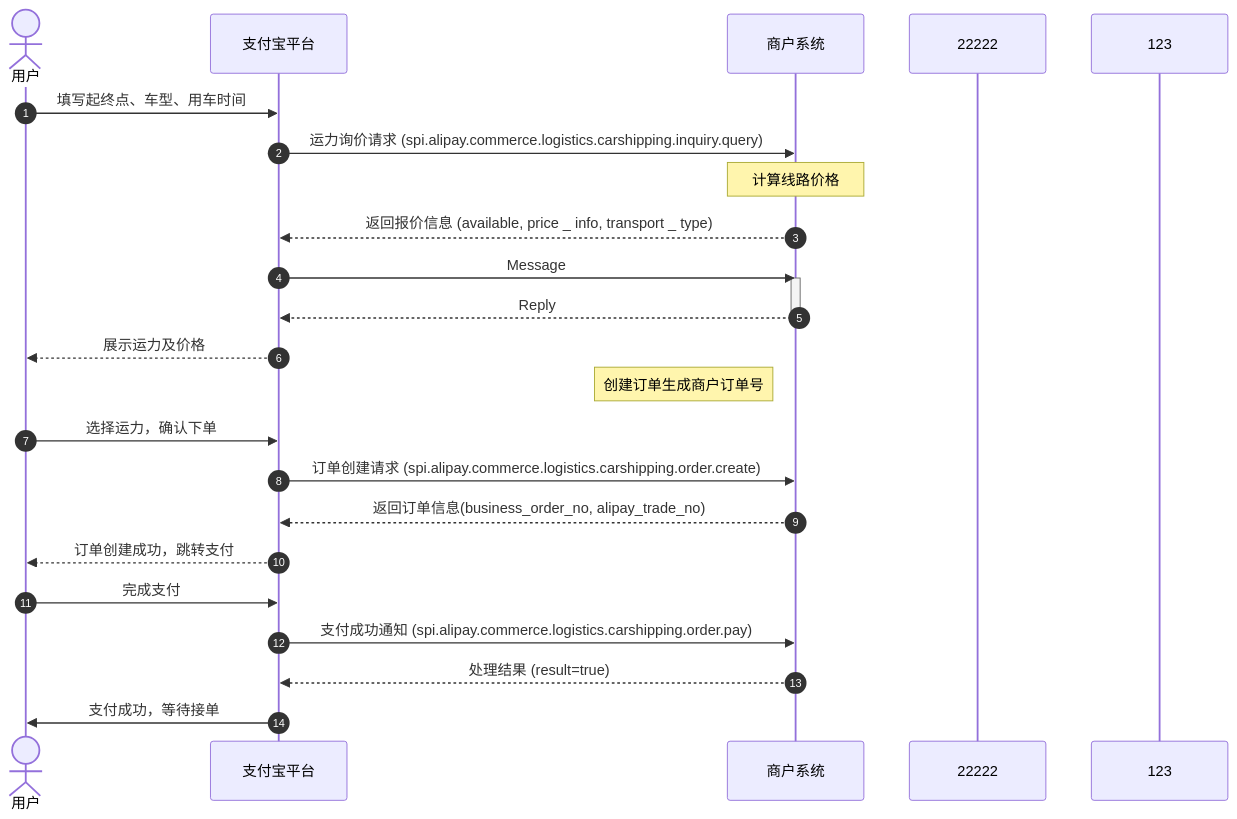
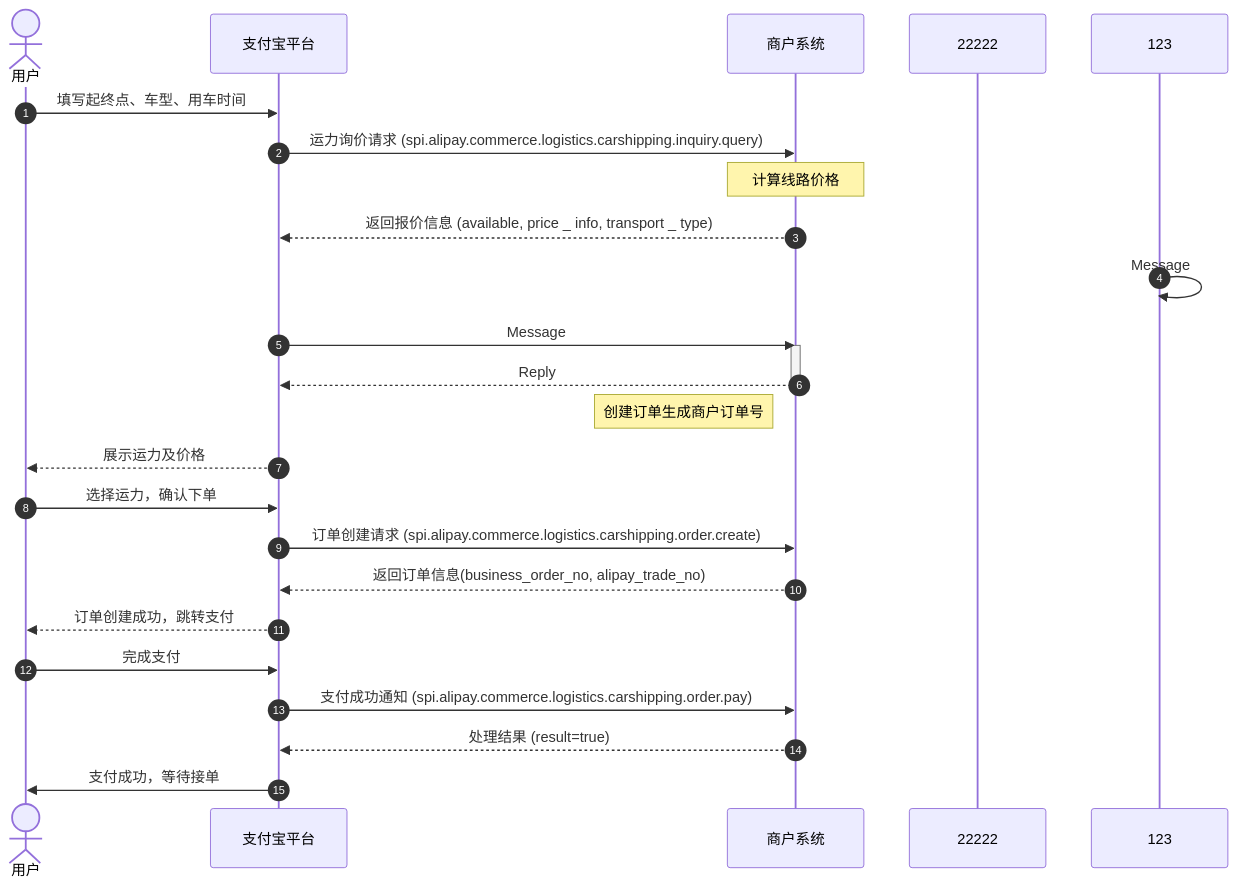
One commit to pingpm/mermaid_vault changed the diagram in mmd/test_dba1b258-be6a-414c-9967-aedbcccfa44f.mmd. Above: the diagram before and after it, drawn with Mermaid. The commit also changed 2 other files, not shown here.

Commit message:
Sync Mermaid Studio data (8 diagrams)

```diff
--- a/mmd/test_dba1b258-be6a-414c-9967-aedbcccfa44f.mmd
+++ b/mmd/test_dba1b258-be6a-414c-9967-aedbcccfa44f.mmd
@@ -1,25 +1,26 @@
 sequenceDiagram
   autonumber
   actor p0 as 用户
   participant p1 as 支付宝平台
   participant p2 as 商户系统
   participant p3 as 22222
   participant p4 as 123
   p0->>p1: 填写起终点、⻋型、⽤⻋时间
   p1->>p2: 运⼒询价请求 (spi.alipay.commerce.logistics.carshipping.inquiry.query)
   Note over p2: 计算线路价格
   p2-->>p1: 返回报价信息 (available, price _ info, transport _ type)
+  p4->>p4: Message
   p1->>p2: Message
   activate p2
   p2-->>p1: Reply
   deactivate p2
+  Note left of p2: 创建订单⽣成商户订单号
   p1-->>p0: 展示运⼒及价格
-  Note left of p2: 创建订单⽣成商户订单号
   p0->>p1: 选择运⼒，确认下单
   p1->>p2: 订单创建请求 (spi.alipay.commerce.logistics.carshipping.order.create)
   p2-->>p1: 返回订单信息(business_order_no, alipay_trade_no)
   p1-->>p0: 订单创建成功，跳转⽀付
   p0->>p1: 完成⽀付
   p1->>p2: ⽀付成功通知 (spi.alipay.commerce.logistics.carshipping.order.pay)
   p2-->>p1: 处理结果 (result=true)
   p1->>p0: ⽀付成功，等待接单
```
